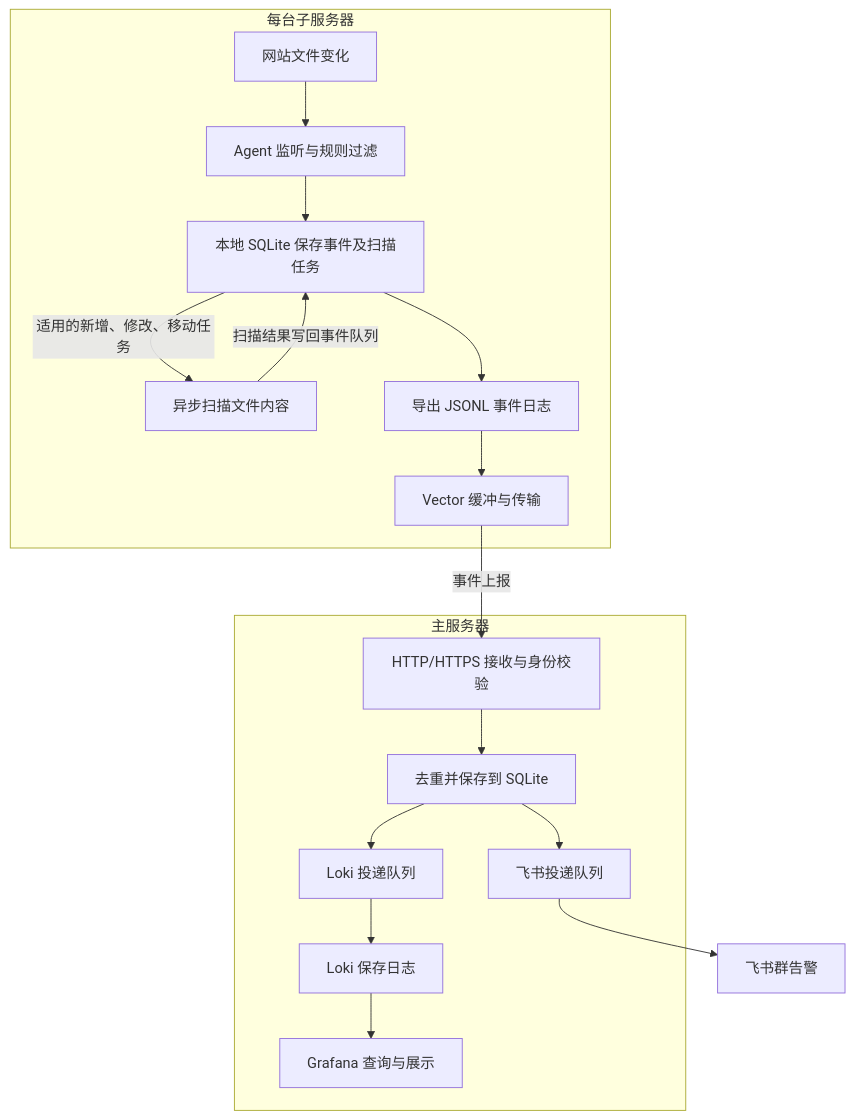
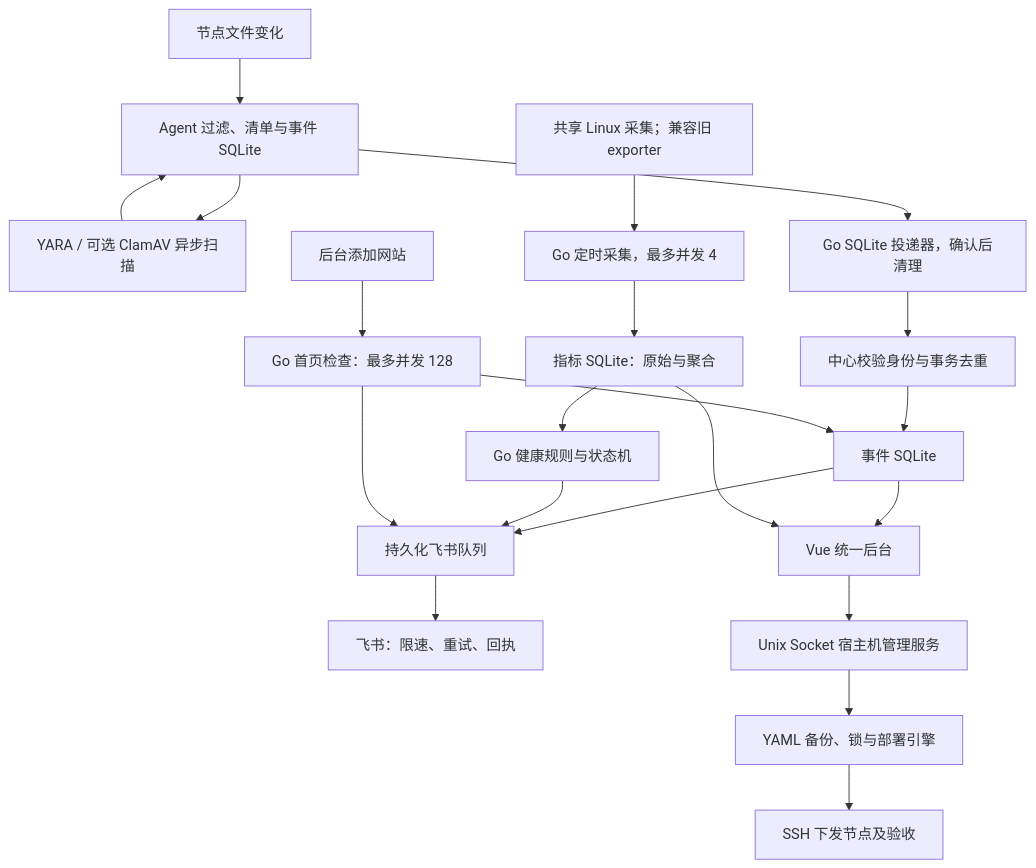
One commit to gzdzh-cn/dzh-webscan changed the diagram in docs/ARCHITECTURE.md. Above: the diagram before and after it, drawn with Mermaid. The commit also changed other lines of this file and 183 other files, not shown here.

````diff
--- a/docs/ARCHITECTURE.md
+++ b/docs/ARCHITECTURE.md
@@ -16,20 +17,23 @@
 ```mermaid
 flowchart TD
-    subgraph Node[每台子服务器]
-        A[网站文件变化] --> B[Agent 监听与规则过滤]
-        B --> C[本地 SQLite 保存事件及扫描任务]
-        C -->|适用的新增、修改、移动任务| D[异步扫描文件内容]
-        D -->|扫描结果写回事件队列| C
-        C --> E[导出 JSONL 事件日志]
-        E --> F[Vector 缓冲与传输]
-    end
-    subgraph Main[主服务器]
-        G[HTTP/HTTPS 接收与身份校验] --> H[去重并保存到 SQLite]
-        H --> I[飞书投递队列]
-        H --> J[Loki 投递队列]
-        J --> K[Loki 保存日志]
-        K --> L[Grafana 查询与展示]
-    end
-    F -->|事件上报| G
-    I --> M[飞书群告警]
+    F[节点文件变化] --> A[Agent 过滤、清单与事件 SQLite]
+    A --> Y[YARA / 可选 ClamAV 异步扫描]
+    Y --> A
+    A --> V[Go SQLite 投递器，确认后清理]
+    V --> R[中心校验身份与事务去重]
+    R --> DB[事件 SQLite]
+    DB --> Q[持久化飞书队列]
+    Q --> FS[飞书：限速、重试、回执]
+    E[共享 Linux 采集；兼容旧 exporter] --> C[Go 定时采集，最多并发 4]
+    C --> M[指标 SQLite：原始与聚合]
+    M --> H[Go 健康规则与状态机]
+    H --> Q
+    W[后台添加网站] --> S[Go 首页检查：最多并发 128]
+    S --> DB
+    S --> Q
+    DB --> UI[Vue 统一后台]
+    M --> UI
+    UI --> UM[Unix Socket 宿主机管理服务]
+    UM --> D[YAML 备份、锁与部署引擎]
+    D --> SSH[SSH 下发节点及验收]
 ```
````
